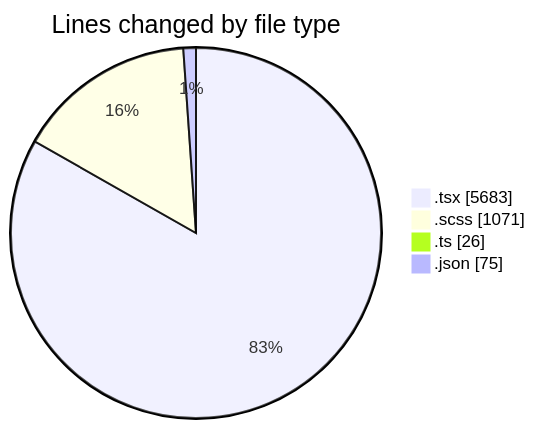
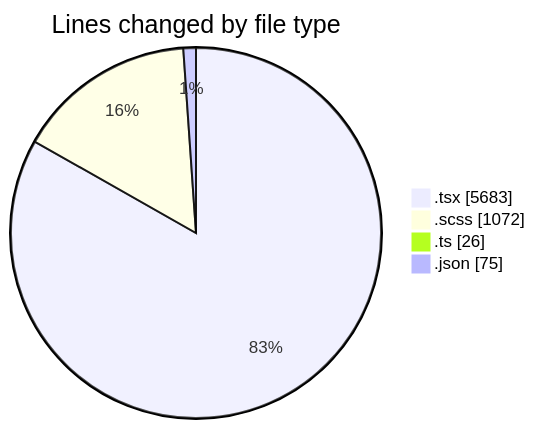
The first of 2 diagrams in 2025-04-09/cda/README.md (momahboobian/code-tracking), drawn with Mermaid before and after one commit. The commit also changed other lines of this file and 1 other file, not shown here.

````diff
--- a/2025-04-09/cda/README.md
+++ b/2025-04-09/cda/README.md
@@ -43,8 +43,8 @@
 ```mermaid
 pie showData
 title Lines changed by file type
 ".tsx" : 5683
-".scss" : 1071
+".scss" : 1072
 ".ts" : 26
 ".json" : 75
 ```
````
